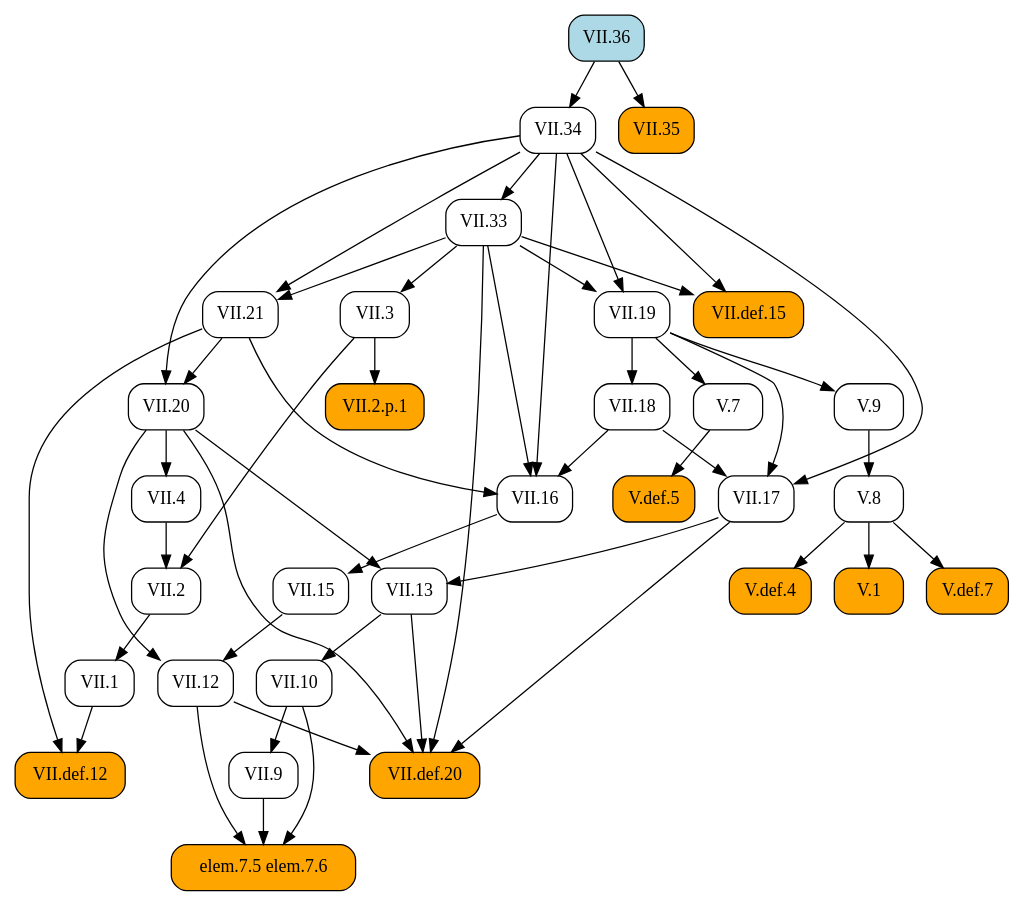
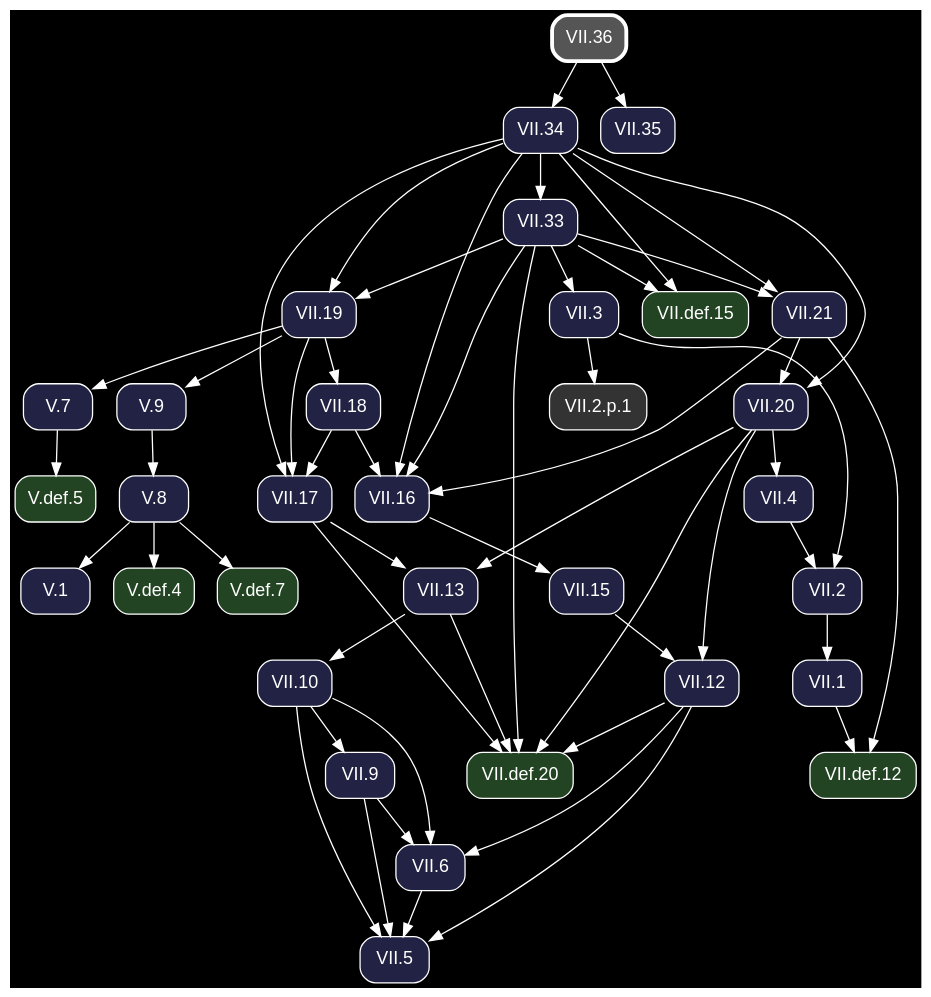
One commit to geometor/elements changed the diagram in docsrc/heath/VII/36/index.rst. Above: the diagram before and after it, drawn with Graphviz. The commit also changed other lines of this file and 1200 other files, not shown here.

Commit message:
update dependency graphs

```diff
--- a/docsrc/heath/VII/36/index.rst
+++ b/docsrc/heath/VII/36/index.rst
@@ -76,86 +76,93 @@
 .. graphviz::
 
    digraph {
+     bgcolor="black";
+     node [shape=box, style="rounded,filled", fontname="Helvetica", color="white", fontcolor="white"];
+     edge [color="white", fontcolor="white"];
      rankdir="TB";
-     node [shape=box, style=rounded];
-     "VII.33" [URL="/heath/VII/33/", target="_top"];
-     "VII.12" [URL="/heath/VII/12/", target="_top"];
-     "elem.7.5 elem.7.6" [style="rounded,filled", fillcolor=orange];
-     "V.def.7" [style="rounded,filled", fillcolor=orange, URL="/heath/V/def.7/", target="_top"];
-     "VII.9" [URL="/heath/VII/9/", target="_top"];
-     "VII.34" [URL="/heath/VII/34/", target="_top"];
-     "VII.18" [URL="/heath/VII/18/", target="_top"];
-     "VII.36" [style="rounded,filled", fillcolor=lightblue, URL="/heath/VII/36/", target="_top"];
-     "VII.16" [URL="/heath/VII/16/", target="_top"];
-     "V.7" [URL="/heath/V/7/", target="_top"];
-     "VII.21" [URL="/heath/VII/21/", target="_top"];
-     "V.def.5" [style="rounded,filled", fillcolor=orange, URL="/heath/V/def.5/", target="_top"];
-     "V.def.4" [style="rounded,filled", fillcolor=orange, URL="/heath/V/def.4/", target="_top"];
-     "V.9" [URL="/heath/V/9/", target="_top"];
-     "VII.1" [URL="/heath/VII/1/", target="_top"];
-     "VII.10" [URL="/heath/VII/10/", target="_top"];
-     "V.8" [URL="/heath/V/8/", target="_top"];
-     "VII.13" [URL="/heath/VII/13/", target="_top"];
-     "VII.4" [URL="/heath/VII/4/", target="_top"];
-     "VII.2.p.1" [style="rounded,filled", fillcolor=orange];
-     "VII.def.12" [style="rounded,filled", fillcolor=orange, URL="/heath/VII/def.12/", target="_top"];
-     "VII.20" [URL="/heath/VII/20/", target="_top"];
-     "V.1" [style="rounded,filled", fillcolor=orange, URL="/heath/V/1/", target="_top"];
-     "VII.def.15" [style="rounded,filled", fillcolor=orange, URL="/heath/VII/def.15/", target="_top"];
-     "VII.35" [style="rounded,filled", fillcolor=orange, URL="/heath/VII/35/", target="_top"];
-     "VII.3" [URL="/heath/VII/3/", target="_top"];
-     "VII.17" [URL="/heath/VII/17/", target="_top"];
-     "VII.19" [URL="/heath/VII/19/", target="_top"];
-     "VII.2" [URL="/heath/VII/2/", target="_top"];
-     "VII.def.20" [style="rounded,filled", fillcolor=orange, URL="/heath/VII/def.20/", target="_top"];
-     "VII.15" [URL="/heath/VII/15/", target="_top"];
+     "VII.33" [fillcolor="#222244", URL="/heath/VII/33/", target="_top"];
+     "V.def.5" [fillcolor="#224422", URL="/heath/V/def.5/", target="_top"];
+     "V.def.7" [fillcolor="#224422", URL="/heath/V/def.7/", target="_top"];
+     "VII.20" [fillcolor="#222244", URL="/heath/VII/20/", target="_top"];
+     "VII.18" [fillcolor="#222244", URL="/heath/VII/18/", target="_top"];
+     "VII.2" [fillcolor="#222244", URL="/heath/VII/2/", target="_top"];
+     "V.def.4" [fillcolor="#224422", URL="/heath/V/def.4/", target="_top"];
+     "VII.5" [fillcolor="#222244", URL="/heath/VII/5/", target="_top"];
+     "VII.34" [fillcolor="#222244", URL="/heath/VII/34/", target="_top"];
+     "VII.def.20" [fillcolor="#224422", URL="/heath/VII/def.20/", target="_top"];
+     "VII.def.15" [fillcolor="#224422", URL="/heath/VII/def.15/", target="_top"];
+     "VII.2.p.1" [fillcolor="#333333"];
+     "VII.1" [fillcolor="#222244", URL="/heath/VII/1/", target="_top"];
+     "VII.6" [fillcolor="#222244", URL="/heath/VII/6/", target="_top"];
+     "VII.16" [fillcolor="#222244", URL="/heath/VII/16/", target="_top"];
+     "VII.15" [fillcolor="#222244", URL="/heath/VII/15/", target="_top"];
+     "VII.13" [fillcolor="#222244", URL="/heath/VII/13/", target="_top"];
+     "V.1" [fillcolor="#222244", URL="/heath/V/1/", target="_top"];
+     "VII.10" [fillcolor="#222244", URL="/heath/VII/10/", target="_top"];
+     "VII.36" [penwidth=3, color="white", fillcolor="#555555", URL="/heath/VII/36/", target="_top"];
+     "VII.4" [fillcolor="#222244", URL="/heath/VII/4/", target="_top"];
+     "VII.def.12" [fillcolor="#224422", URL="/heath/VII/def.12/", target="_top"];
+     "VII.19" [fillcolor="#222244", URL="/heath/VII/19/", target="_top"];
+     "V.8" [fillcolor="#222244", URL="/heath/V/8/", target="_top"];
+     "VII.21" [fillcolor="#222244", URL="/heath/VII/21/", target="_top"];
+     "VII.9" [fillcolor="#222244", URL="/heath/VII/9/", target="_top"];
+     "VII.3" [fillcolor="#222244", URL="/heath/VII/3/", target="_top"];
+     "VII.35" [fillcolor="#222244", URL="/heath/VII/35/", target="_top"];
+     "V.7" [fillcolor="#222244", URL="/heath/V/7/", target="_top"];
+     "VII.12" [fillcolor="#222244", URL="/heath/VII/12/", target="_top"];
+     "V.9" [fillcolor="#222244", URL="/heath/V/9/", target="_top"];
+     "VII.17" [fillcolor="#222244", URL="/heath/VII/17/", target="_top"];
      "VII.34" -> "VII.33";
-     "VII.15" -> "VII.12";
-     "VII.20" -> "VII.12";
-     "VII.9" -> "elem.7.5 elem.7.6";
-     "VII.10" -> "elem.7.5 elem.7.6";
-     "VII.12" -> "elem.7.5 elem.7.6";
+     "V.7" -> "V.def.5";
      "V.8" -> "V.def.7";
-     "VII.10" -> "VII.9";
-     "VII.36" -> "VII.34";
-     "VII.19" -> "VII.18";
-     "VII.18" -> "VII.16";
-     "VII.21" -> "VII.16";
-     "VII.33" -> "VII.16";
-     "VII.34" -> "VII.16";
-     "VII.19" -> "V.7";
-     "VII.33" -> "VII.21";
-     "VII.34" -> "VII.21";
-     "V.7" -> "V.def.5";
-     "V.8" -> "V.def.4";
-     "VII.19" -> "V.9";
-     "VII.2" -> "VII.1";
-     "VII.13" -> "VII.10";
-     "V.9" -> "V.8";
-     "VII.17" -> "VII.13";
-     "VII.20" -> "VII.13";
-     "VII.20" -> "VII.4";
-     "VII.3" -> "VII.2.p.1";
-     "VII.1" -> "VII.def.12";
-     "VII.21" -> "VII.def.12";
      "VII.21" -> "VII.20";
      "VII.34" -> "VII.20";
-     "V.8" -> "V.1";
-     "VII.33" -> "VII.def.15";
-     "VII.34" -> "VII.def.15";
-     "VII.36" -> "VII.35";
-     "VII.33" -> "VII.3";
-     "VII.18" -> "VII.17";
-     "VII.19" -> "VII.17";
-     "VII.34" -> "VII.17";
-     "VII.33" -> "VII.19";
-     "VII.34" -> "VII.19";
+     "VII.19" -> "VII.18";
      "VII.3" -> "VII.2";
      "VII.4" -> "VII.2";
+     "V.8" -> "V.def.4";
+     "VII.6" -> "VII.5";
+     "VII.9" -> "VII.5";
+     "VII.10" -> "VII.5";
+     "VII.12" -> "VII.5";
+     "VII.36" -> "VII.34";
      "VII.12" -> "VII.def.20";
      "VII.13" -> "VII.def.20";
      "VII.17" -> "VII.def.20";
      "VII.20" -> "VII.def.20";
      "VII.33" -> "VII.def.20";
+     "VII.33" -> "VII.def.15";
+     "VII.34" -> "VII.def.15";
+     "VII.3" -> "VII.2.p.1";
+     "VII.2" -> "VII.1";
+     "VII.9" -> "VII.6";
+     "VII.10" -> "VII.6";
+     "VII.12" -> "VII.6";
+     "VII.18" -> "VII.16";
+     "VII.21" -> "VII.16";
+     "VII.33" -> "VII.16";
+     "VII.34" -> "VII.16";
      "VII.16" -> "VII.15";
+     "VII.17" -> "VII.13";
+     "VII.20" -> "VII.13";
+     "V.8" -> "V.1";
+     "VII.13" -> "VII.10";
+     "VII.20" -> "VII.4";
+     "VII.1" -> "VII.def.12";
+     "VII.21" -> "VII.def.12";
+     "VII.33" -> "VII.19";
+     "VII.34" -> "VII.19";
+     "V.9" -> "V.8";
+     "VII.33" -> "VII.21";
+     "VII.34" -> "VII.21";
+     "VII.10" -> "VII.9";
+     "VII.33" -> "VII.3";
+     "VII.36" -> "VII.35";
+     "VII.19" -> "V.7";
+     "VII.15" -> "VII.12";
+     "VII.20" -> "VII.12";
+     "VII.19" -> "V.9";
+     "VII.18" -> "VII.17";
+     "VII.19" -> "VII.17";
+     "VII.34" -> "VII.17";
    }
```
